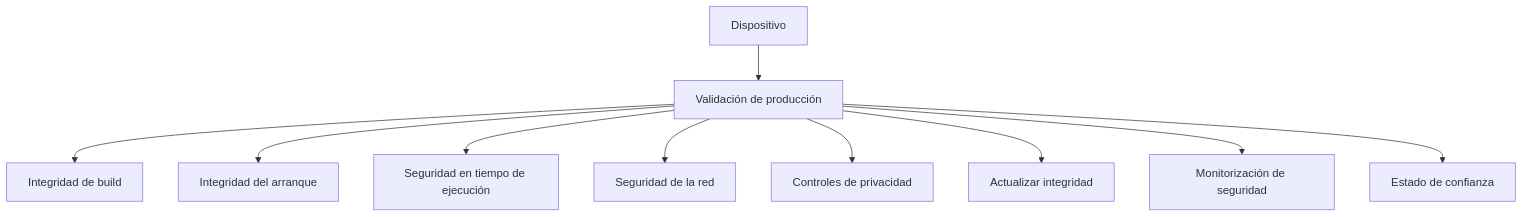
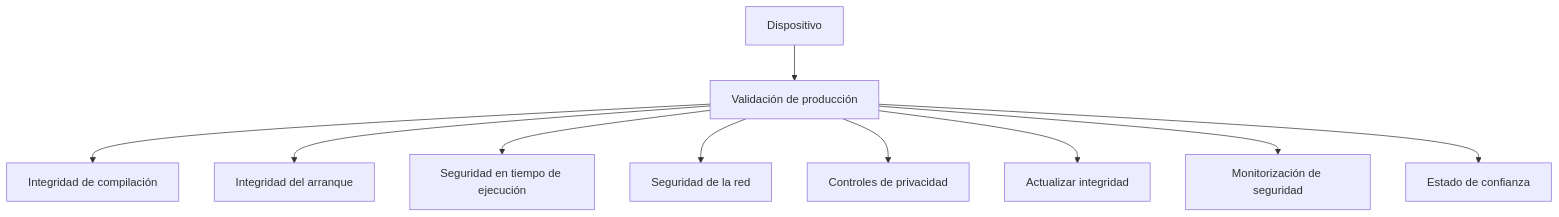
The diagram in es/os/production-gates.mdx (enigm-llc/docs), drawn with Mermaid before and after one commit. The commit also changed other lines of this file and 41 other files, not shown here.

````diff
--- a/es/os/production-gates.mdx
+++ b/es/os/production-gates.mdx
@@ -28,23 +28,23 @@
 ```mermaid
 flowchart TD
   Device["Dispositivo"]
   Validation["Validación de producción"]
-  Build["Integridad de build"]
+  Compilación["Integridad de compilación"]
   Boot["Integridad del arranque"]
   Runtime["Seguridad en tiempo de ejecución"]
   Network["Seguridad de la red"]
   Privacy["Controles de privacidad"]
   Update["Actualizar integridad"]
   Monitoring["Monitorización de seguridad"]
   Trust["Estado de confianza"]
 
   Device --> Validation
-  Validation --> Build
+  Validation --> Compilación
   Validation --> Boot
   Validation --> Runtime
   Validation --> Network
   Validation --> Privacy
   Validation --> Update
   Validation --> Monitoring
   Validation --> Trust
 ```
````
